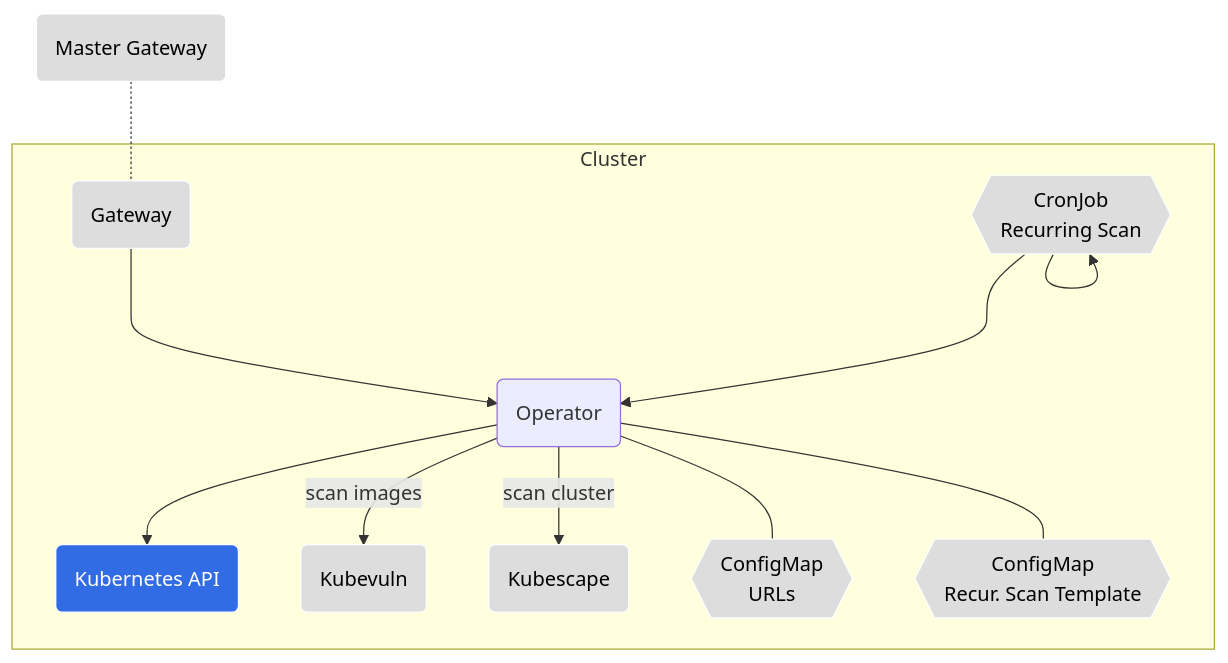
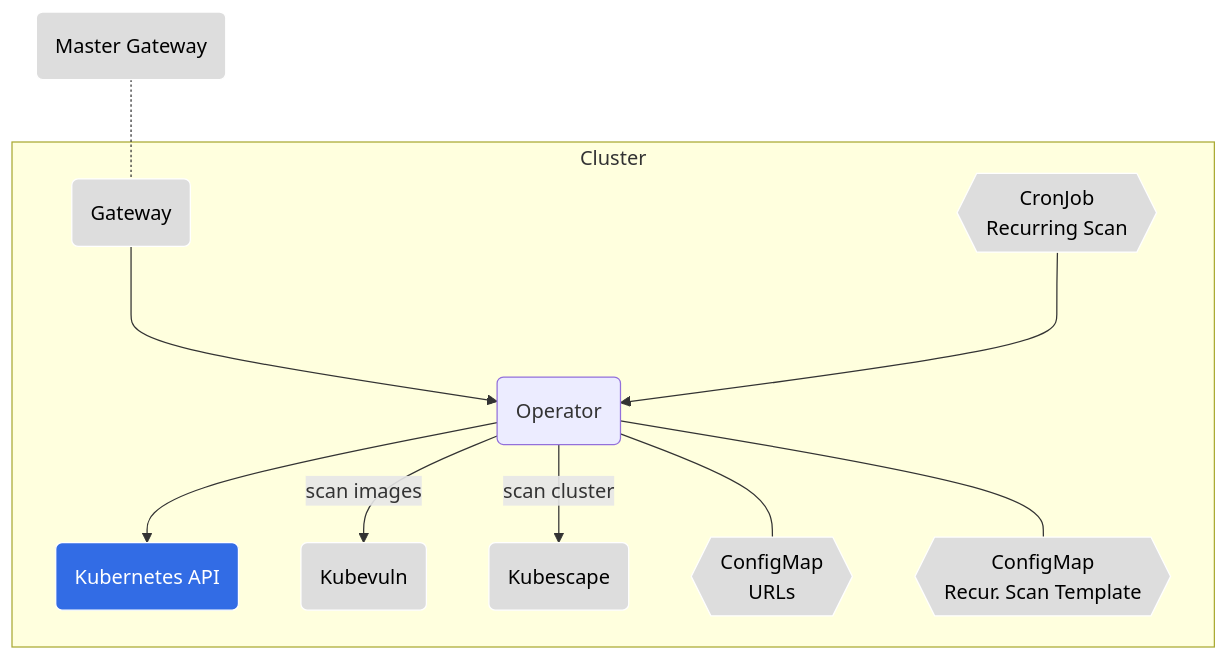
The fourth of 10 diagrams in charts/kubescape-cloud-operator/README.md (kubescape/helm-charts), drawn with Mermaid before and after one commit. The commit also changed other lines of this file, not shown here.

Commit message:
fixed diagrams

````diff
--- a/charts/kubescape-cloud-operator/README.md
+++ b/charts/kubescape-cloud-operator/README.md
@@ -320,27 +320,26 @@
 ```mermaid
 graph TB
   subgraph Cluster
     gw(Gateway)
     operator(Operator)
     k8sApi(Kubernetes API);
     kubevuln(Kubevuln)
     ks(Kubescape)
     urlCm{{ConfigMap<br>URLs}}
     recurringTempCm{{ConfigMap<br>Recur. Scan Template}}
     recurringScanCj{{CronJob<br>Recurring Scan}}
   end;
    masterGw(Master Gateway) .- gw
     gw ---> operator
     recurringScanCj ---> operator
-    recurringScanCj --> recurringScanCj
     operator -->|scan cluster| ks
     operator -->|scan images| kubevuln
     operator --> k8sApi
     operator --- urlCm
     operator --- recurringTempCm
   
   classDef k8s fill:#326ce5,stroke:#fff,stroke-width:1px,color:#fff;
   classDef plain fill:#ddd,stroke:#fff,stroke-width:1px,color:#000;
   class k8sApi k8s
   class ks,gw,masterGw,kollector,urlCm,recurringScanCj,recurringTempCm,kubevuln,er,dashboard plain
 ```
````
